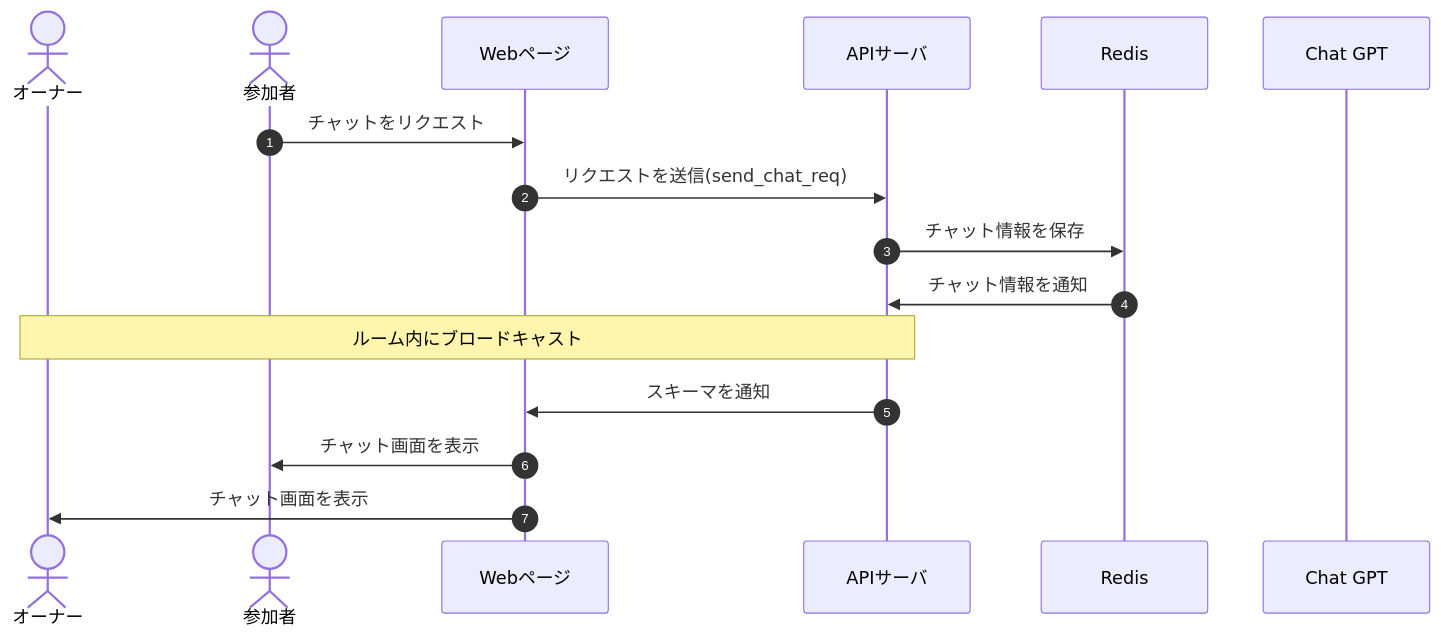
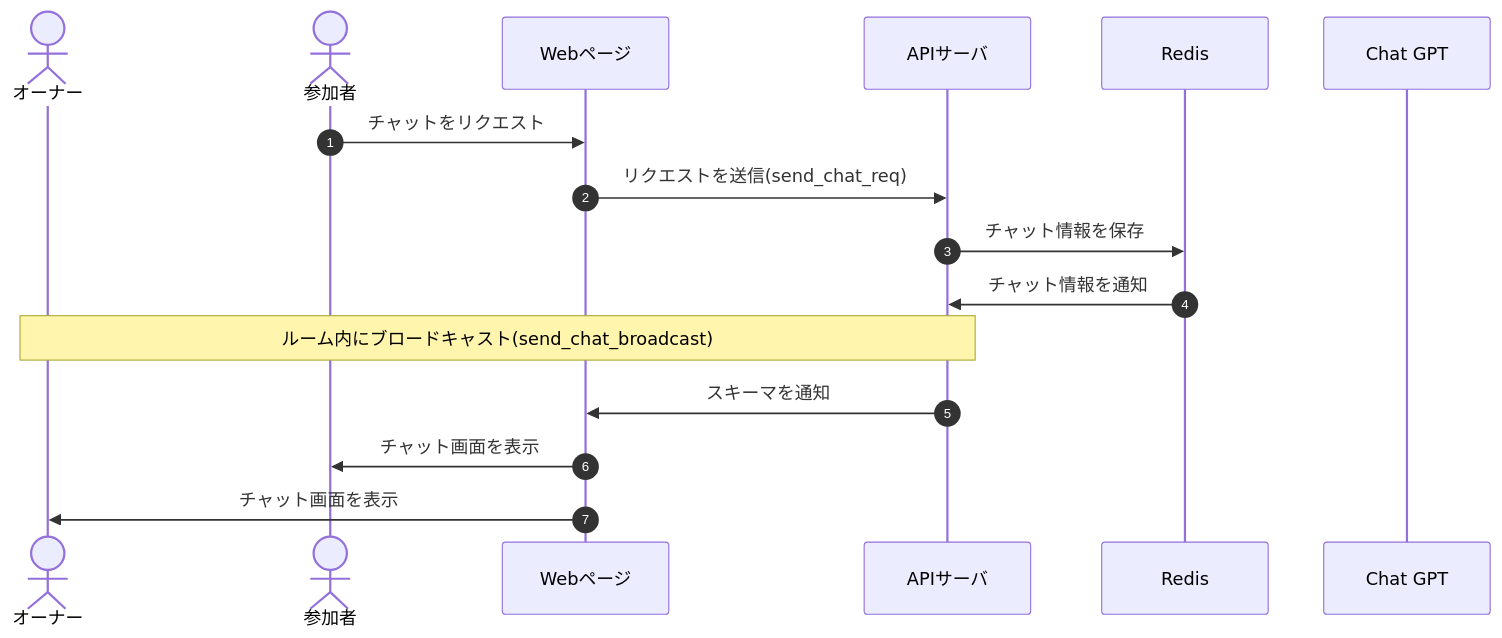
One commit to Tanakaryuki/chat_wolf changed the diagram in docs/DesignDog/04_チャット機能.md. Above: the diagram before and after it, drawn with Mermaid. The commit also changed other lines of this file and 29 other files, not shown here.

````diff
--- a/docs/DesignDog/04_チャット機能.md
+++ b/docs/DesignDog/04_チャット機能.md
@@ -11,19 +11,19 @@
 ```mermaid
 sequenceDiagram
     autonumber
     actor owner as オーナー
     actor participants as 参加者
     participant front as Webページ
     participant api as APIサーバ
     participant db as Redis
     participant ai as Chat GPT
 
     participants->>front: チャットをリクエスト
     front->>api: リクエストを送信(send_chat_req)
     api->>db: チャット情報を保存
     db->>api: チャット情報を通知
-    Note over owner,api: ルーム内にブロードキャスト
+    Note over owner,api: ルーム内にブロードキャスト(send_chat_broadcast)
     api->>front: スキーマを通知
     front->>participants: チャット画面を表示
     front->>owner: チャット画面を表示
 ```
````
